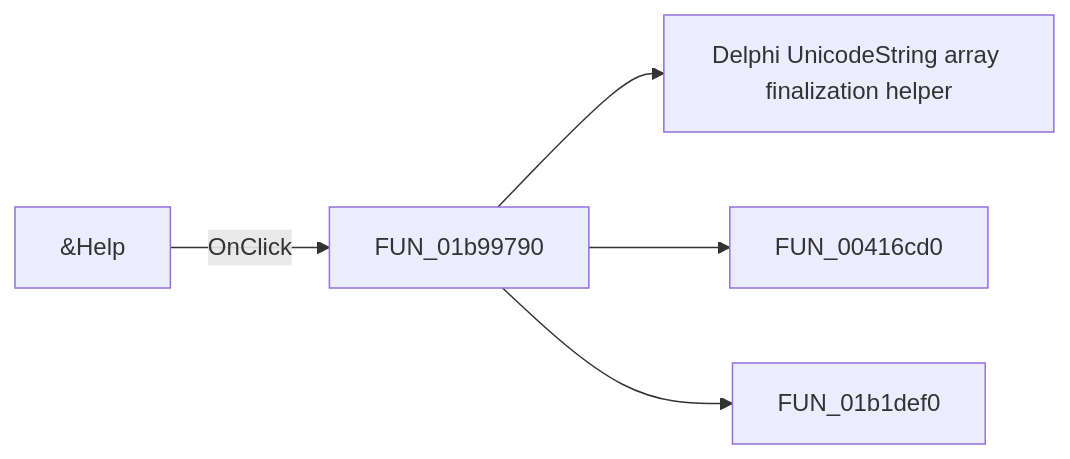
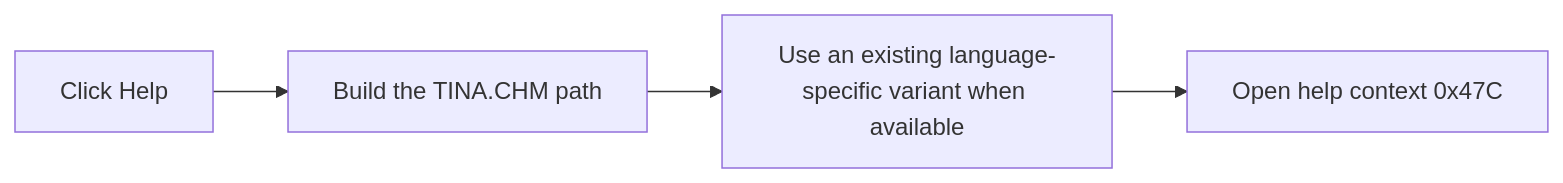
The diagram in docs/ui-controls/frmeditcomprack/btnhelp-a1ec276e34.md (MovGP0/TIARA), drawn with Mermaid before and after one commit. The commit also changed other lines of this file and 387 other files, not shown here.

````diff
--- a/docs/ui-controls/frmeditcomprack/btnhelp-a1ec276e34.md
+++ b/docs/ui-controls/frmeditcomprack/btnhelp-a1ec276e34.md
@@ -27,7 +27,6 @@
 ```mermaid
 flowchart LR
-    control["&Help"] -->|OnClick| handler["FUN_01b99790"]
-    handler --> call1["Delphi UnicodeString array finalization helper"]
-    handler --> call2["FUN_00416cd0"]
-    handler --> call3["FUN_01b1def0"]
+    control["Click Help"] --> path["Build the TINA.CHM path"]
+    path --> locale["Use an existing language-specific variant when available"]
+    locale --> topic["Open help context 0x47C"]
 ```
````
